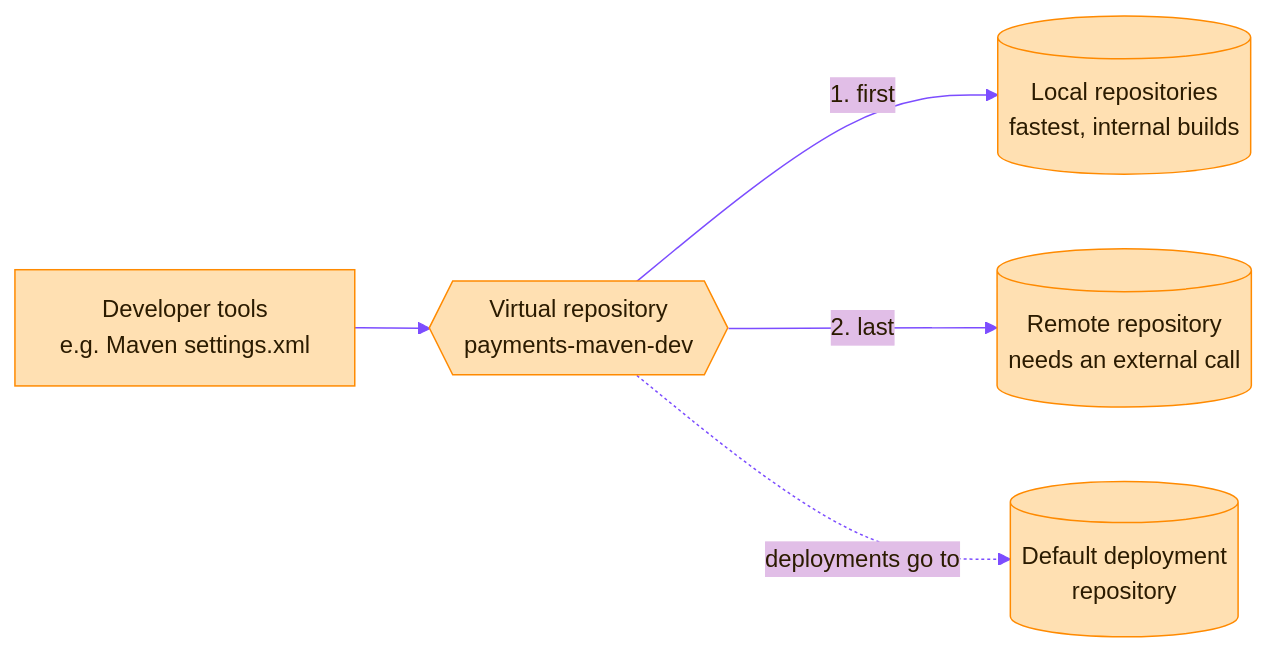
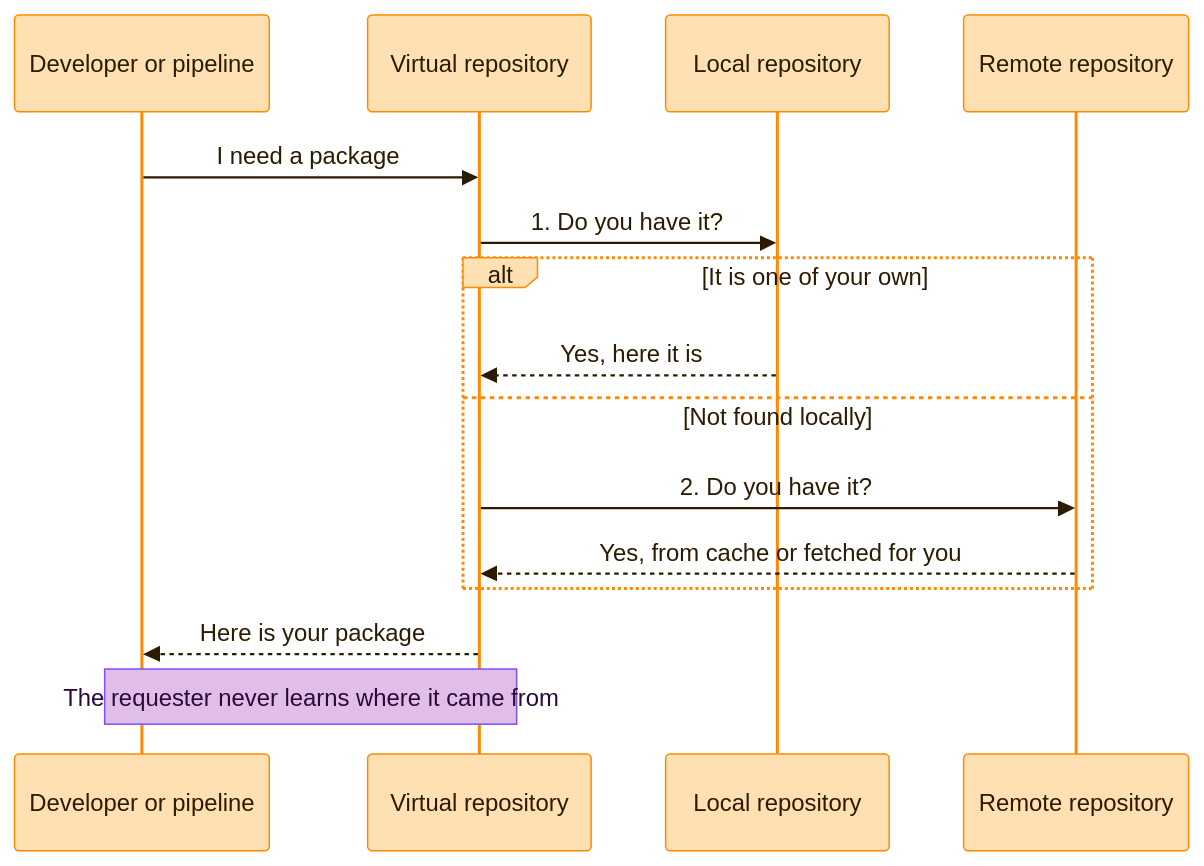
The diagram in repository-management/virtual-repositories.md (bhagatabhijeet/jfrog-knowledge-bundle), drawn with Mermaid before and after one commit. The commit also changed other lines of this file and 1 other file, not shown here.

First line of the commit message:
Rebuild the second half of the virtual repositories page

````diff
--- a/repository-management/virtual-repositories.md
+++ b/repository-management/virtual-repositories.md
@@ -125,8 +63,18 @@
 ```mermaid
 %%{init: {'theme':'base','themeVariables':{'primaryColor':'#FFE0B2','primaryBorderColor':'#FF8A00','primaryTextColor':'#2B1B00','lineColor':'#7C4DFF','secondaryColor':'#E1BEE7','tertiaryColor':'#FFF3E0','noteBkgColor':'#E1BEE7','noteTextColor':'#2A0A3A','noteBorderColor':'#7C4DFF'}}}%%
-flowchart LR
-    T["Developer tools<br/>e.g. Maven settings.xml"] --> V{{"Virtual repository<br/>payments-maven-dev"}}
-    V -->|"1. first"| L[("Local repositories<br/>fastest, internal builds")]
-    V -->|"2. last"| R[("Remote repository<br/>needs an external call")]
-    V -.->|"deployments go to"| DD[("Default deployment<br/>repository")]
+sequenceDiagram
+    participant D as Developer or pipeline
+    participant V as Virtual repository
+    participant L as Local repository
+    participant R as Remote repository
+    D->>V: I need a package
+    V->>L: 1. Do you have it?
+    alt It is one of your own
+        L-->>V: Yes, here it is
+    else Not found locally
+        V->>R: 2. Do you have it?
+        R-->>V: Yes, from cache or fetched for you
+    end
+    V-->>D: Here is your package
+    Note over D,V: The requester never learns where it came from
 ```
````
